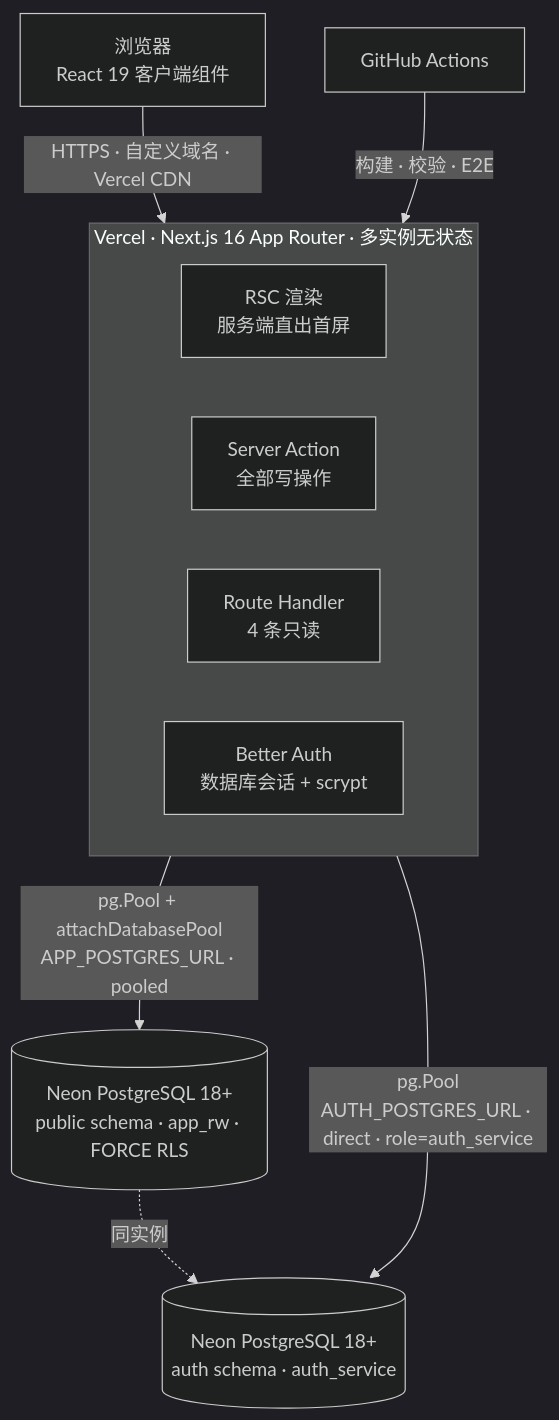
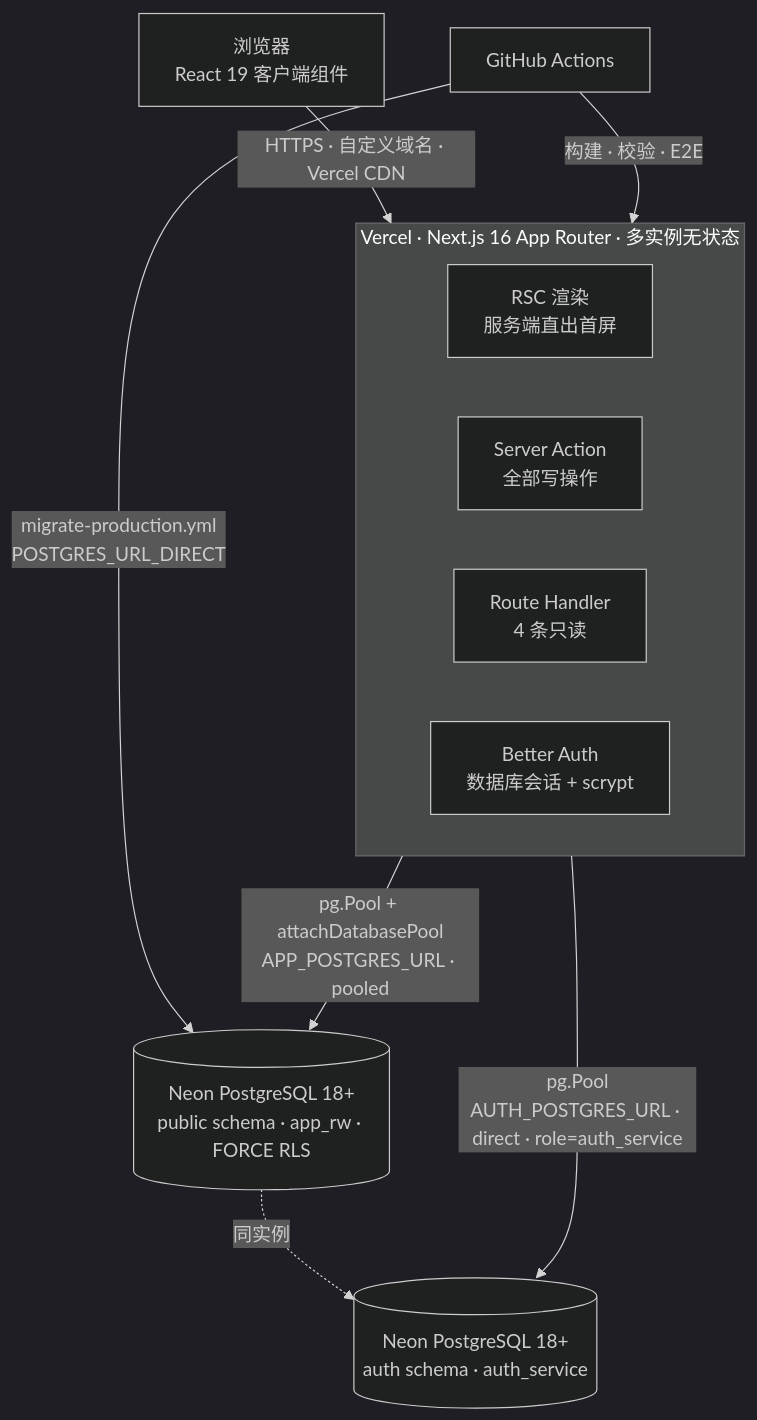
Before and after one commit to bobo522487/gramps: the diagram in docs/architecture/06-部署视图-部署架构.md, drawn with Mermaid (dark theme). The commit also changed other lines of this file and 48 other files, not shown here.

First line of the commit message:
docs(structure): 文档集收敛为一层，根级文档并入 architecture/

````diff
--- a/docs/architecture/06-部署视图-部署架构.md
+++ b/docs/architecture/06-部署视图-部署架构.md
@@ -13,14 +24,15 @@
 ```mermaid
 flowchart TB
   U[浏览器<br/>React 19 客户端组件] -->|HTTPS · 自定义域名 · Vercel CDN| V
   subgraph V[Vercel · Next.js 16 App Router · 多实例无状态]
     RSC[RSC 渲染<br/>服务端直出首屏]
     SA[Server Action<br/>全部写操作]
     RH[Route Handler<br/>4 条只读]
     BA[Better Auth<br/>数据库会话 + scrypt]
   end
   V -->|pg.Pool + attachDatabasePool<br/>APP_POSTGRES_URL · pooled| P[(Neon PostgreSQL 18+<br/>public schema · app_rw · FORCE RLS)]
   V -->|pg.Pool<br/>AUTH_POSTGRES_URL · direct · role=auth_service| A[(Neon PostgreSQL 18+<br/>auth schema · auth_service)]
   P -.同实例.-> A
   CI[GitHub Actions] -->|构建 · 校验 · E2E| V
+  CI -->|migrate-production.yml<br/>POSTGRES_URL_DIRECT| P
 ```
````
